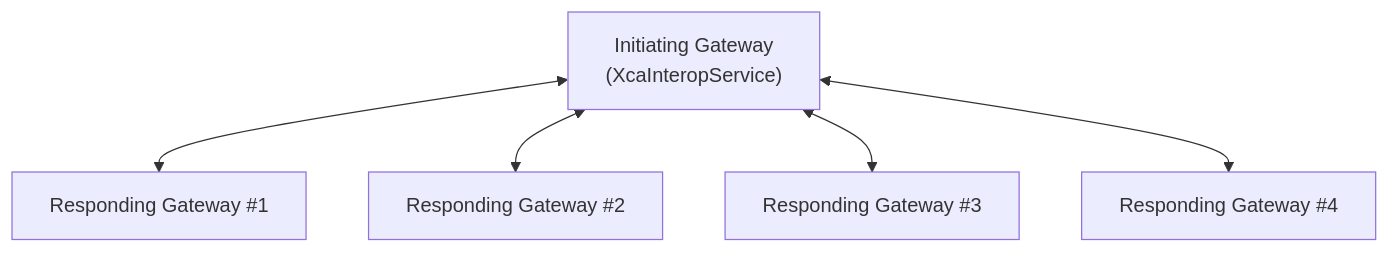
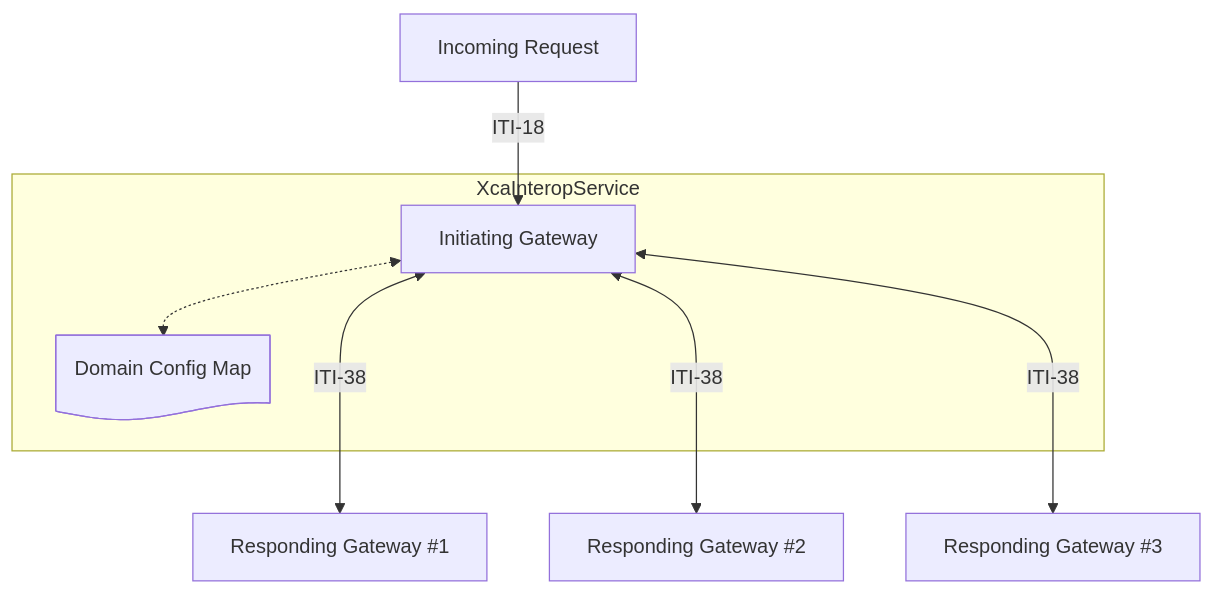
The diagram in Docs/XcaGateway.md (timmo-nhn/XcaInteropService), drawn with Mermaid before and after one commit. The commit also changed other lines of this file and 49 other files, not shown here.

````diff
--- a/Docs/XcaGateway.md
+++ b/Docs/XcaGateway.md
@@ -7,15 +8,23 @@
 ```mermaid
 flowchart
 
-ig["Initiating Gateway<br>(XcaInteropService)"]
+irq[Incoming Request]
+ig[Initiating Gateway]
 rg1[Responding Gateway #1]
 rg2[Responding Gateway #2]
 rg3[Responding Gateway #3]
-rg4[Responding Gateway #4]
+dcm[Domain Config Map]@{ shape: doc}
 
-ig <--> rg1
-ig <--> rg2
-ig <--> rg3
-ig <--> rg4
+subgraph "XcaInteropService"
+    ig
+    dcm
+end
+
+irq --ITI-18--> ig
+ig <--ITI-38---> rg1
+ig <--ITI-38---> rg2
+ig <--ITI-38---> rg3
+
+ig <-.-> dcm
 
 ```
````
